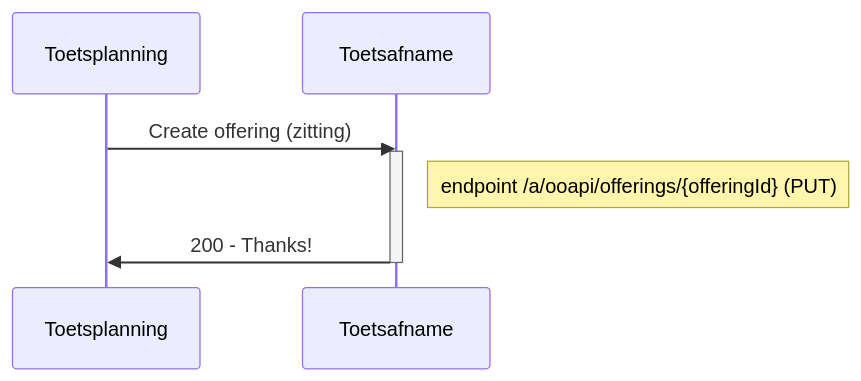
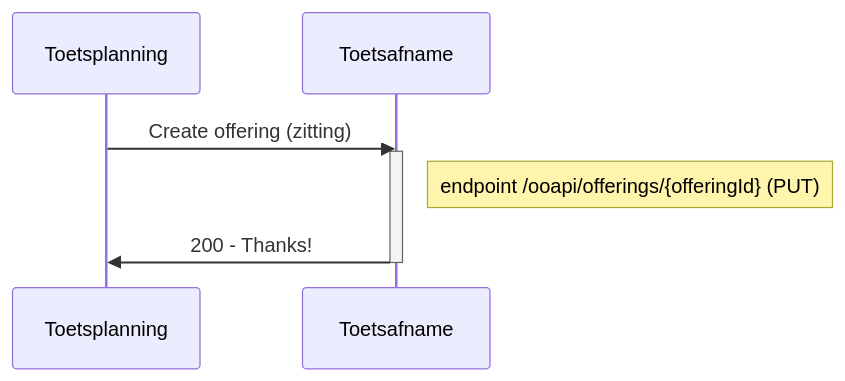
One commit to NetwerkExamineringDigitalisering/NED-OOAPI changed the first of 10 diagrams in doc/flow2.md. Above: the diagram before and after it, drawn with Mermaid. The commit also changed other lines of this file and 4 other files, not shown here.

````diff
--- a/doc/flow2.md
+++ b/doc/flow2.md
@@ -12,8 +14,8 @@
 ```mermaid
 sequenceDiagram
     Toetsplanning->>Toetsafname: Create offering (zitting)
     activate Toetsafname
-    Note right of Toetsafname: endpoint /a/ooapi/offerings/{offeringId} (PUT)
+    Note right of Toetsafname: endpoint /ooapi/offerings/{offeringId} (PUT)
     Toetsafname->>Toetsplanning: 200 - Thanks!
     deactivate Toetsafname
 ```
````
